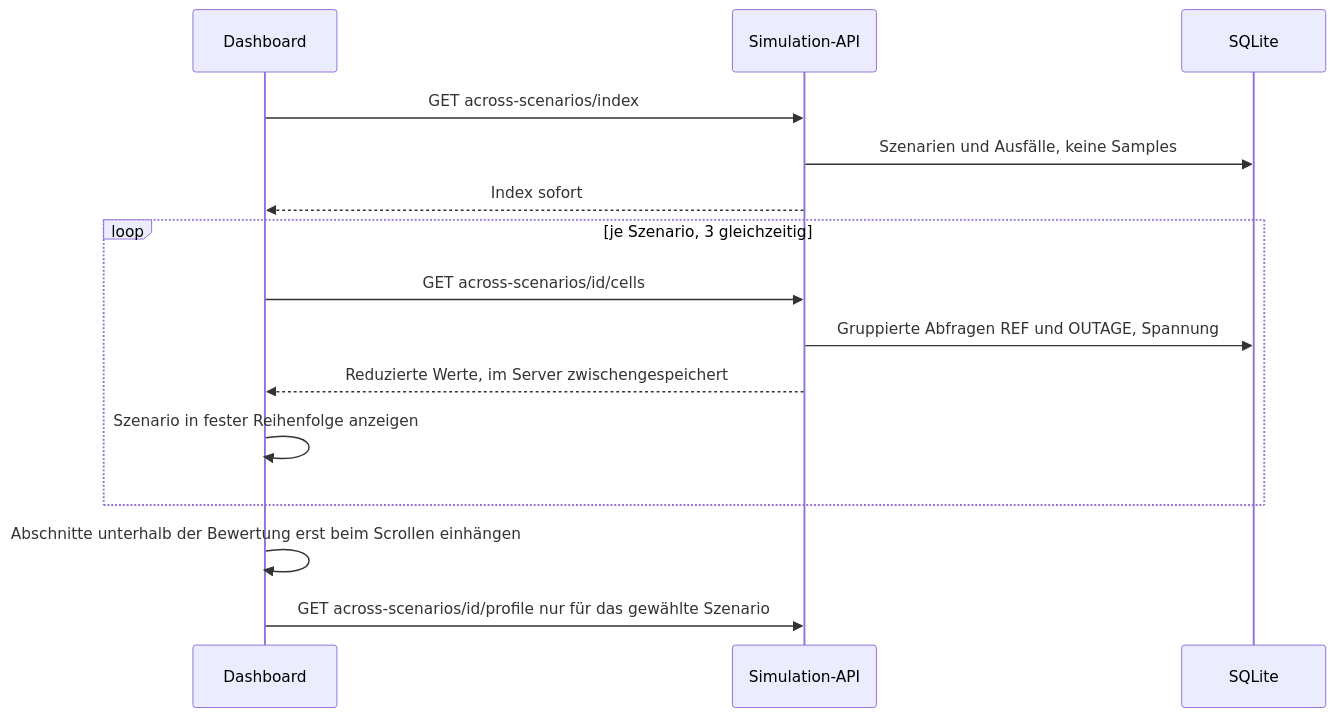
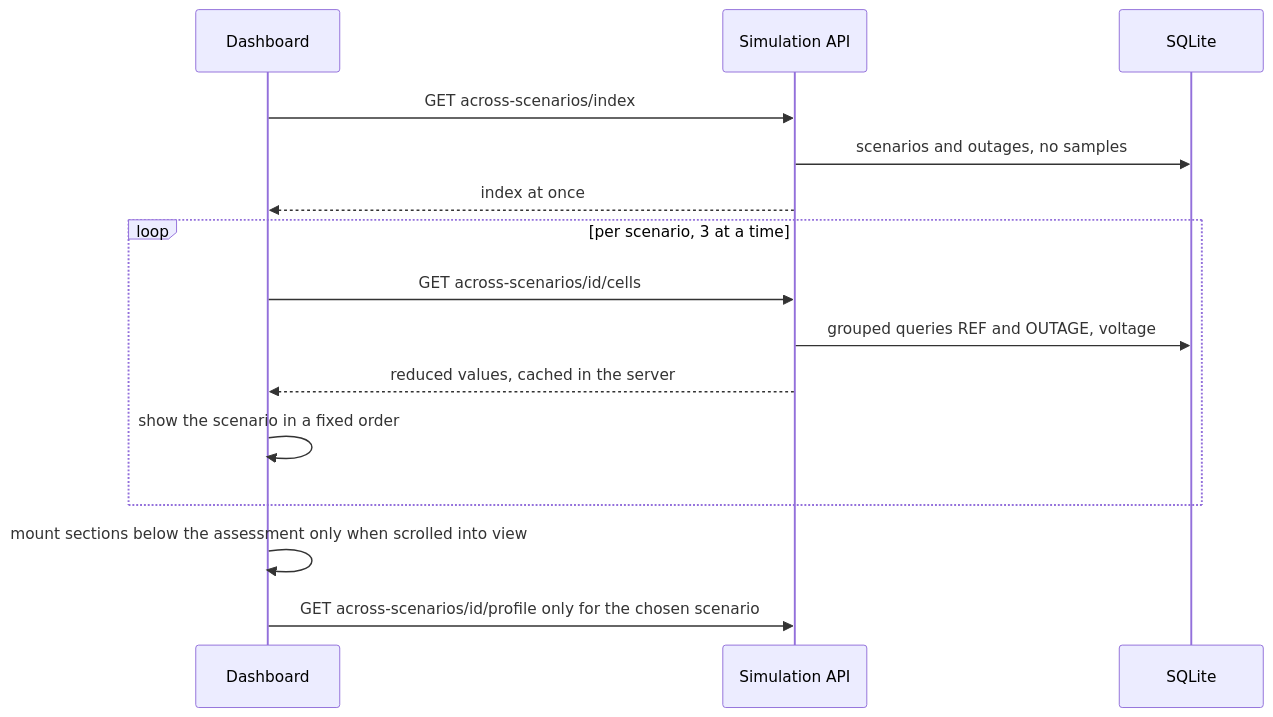
Before and after one commit to hadiibrahim-Engin/nahriva-grid-analysis: the seventh of 11 diagrams in BIG_PICTURE.md, drawn with Mermaid. The commit also changed other lines of this file and 186 other files, not shown here.

````diff
--- a/BIG_PICTURE.md
+++ b/BIG_PICTURE.md
@@ -272,17 +253,17 @@
 ```mermaid
 sequenceDiagram
     participant UI as Dashboard
-    participant API as Simulation-API
+    participant API as Simulation API
     participant DB as SQLite
     UI->>API: GET across-scenarios/index
-    API->>DB: Szenarien und Ausfälle, keine Samples
-    API-->>UI: Index sofort
-    loop je Szenario, 3 gleichzeitig
+    API->>DB: scenarios and outages, no samples
+    API-->>UI: index at once
+    loop per scenario, 3 at a time
         UI->>API: GET across-scenarios/id/cells
-        API->>DB: Gruppierte Abfragen REF und OUTAGE, Spannung
-        API-->>UI: Reduzierte Werte, im Server zwischengespeichert
-        UI->>UI: Szenario in fester Reihenfolge anzeigen
+        API->>DB: grouped queries REF and OUTAGE, voltage
+        API-->>UI: reduced values, cached in the server
+        UI->>UI: show the scenario in a fixed order
     end
-    UI->>UI: Abschnitte unterhalb der Bewertung erst beim Scrollen einhängen
-    UI->>API: GET across-scenarios/id/profile nur für das gewählte Szenario
+    UI->>UI: mount sections below the assessment only when scrolled into view
+    UI->>API: GET across-scenarios/id/profile only for the chosen scenario
 ```
````
